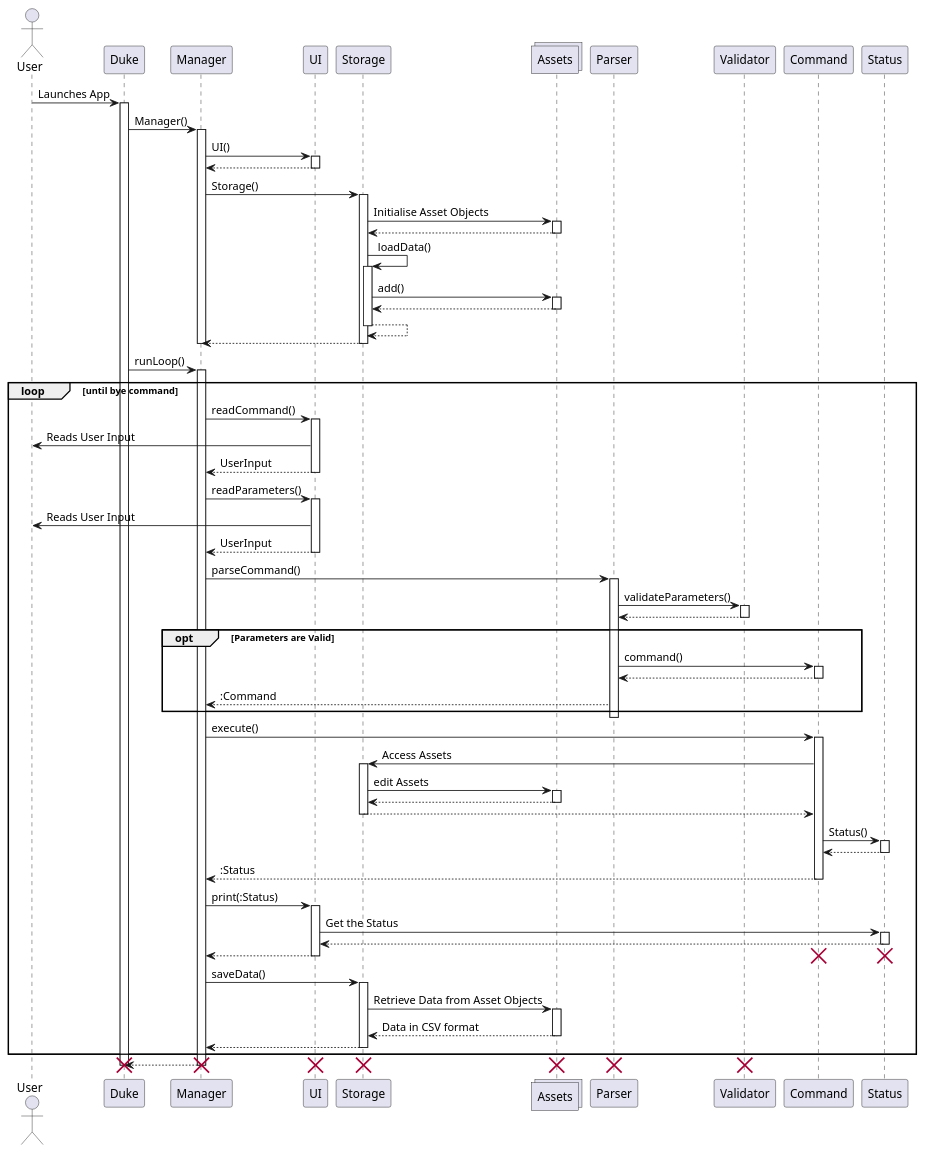
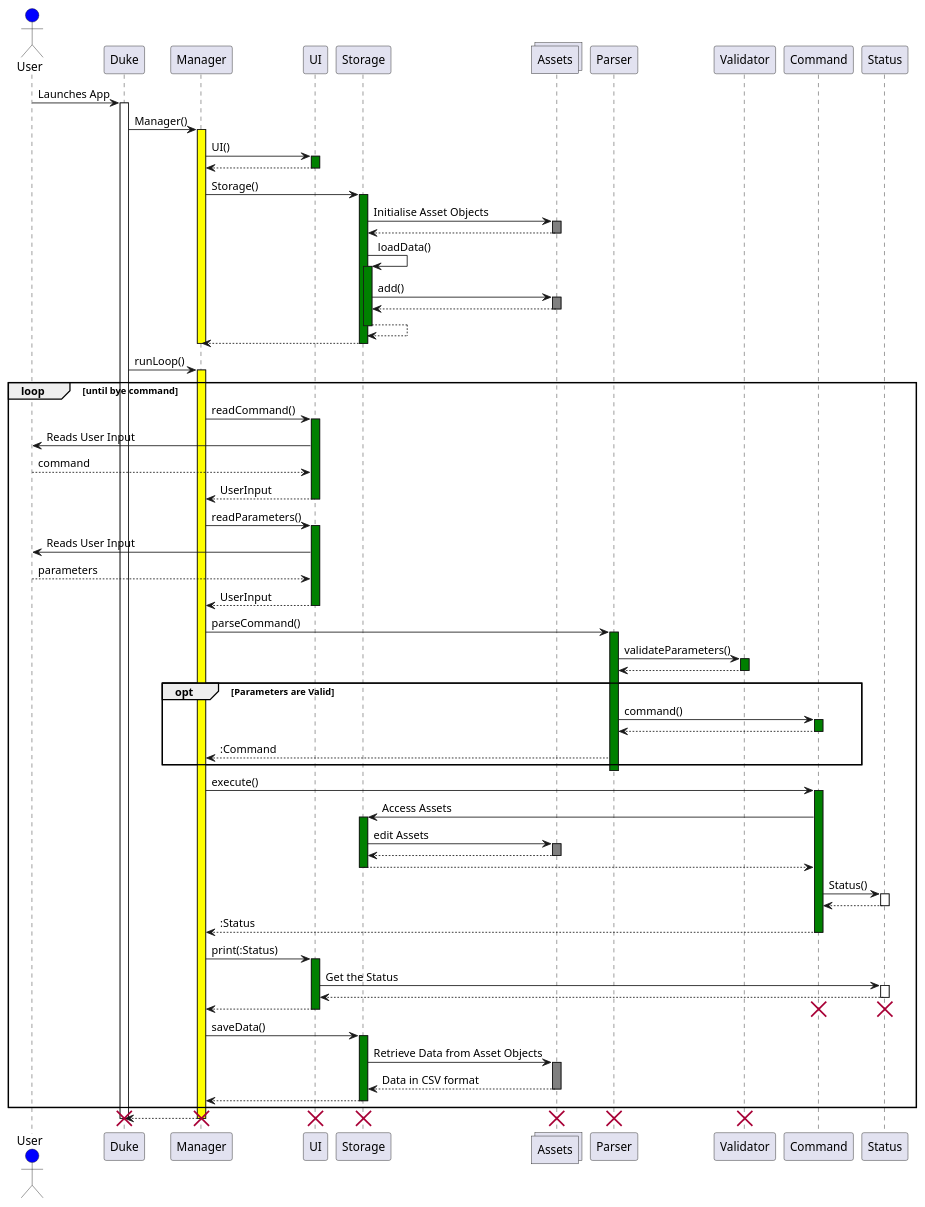
Before and after one commit to nus-cs2113-AY2122S2/tp: the diagram in docs/diagrams/SequenceDiagram.puml, drawn with PlantUML. The commit also changed 3 other files, not shown here.

Commit message:
Updating overall sequence diagram and Storage Class Diagram

```diff
--- a/docs/diagrams/SequenceDiagram.puml
+++ b/docs/diagrams/SequenceDiagram.puml
@@ -1,111 +1,113 @@
 @startuml
-actor User as User
+actor User as User #blue
 
 
 User -> Duke : Launches App
-activate Duke
+activate Duke #white
 
 Duke -> Manager : Manager()
-activate Manager
+activate Manager #yellow
 
 Manager -> UI: UI()
-activate UI
+activate UI #green
 UI --> Manager
 deactivate UI
 
 Manager -> Storage : Storage()
-activate Storage
+activate Storage #green
 collections Assets as Assets
 Storage -> Assets: Initialise Asset Objects
-activate Assets
+activate Assets #grey
 Assets --> Storage
 deactivate Assets
 
 
 Storage -> Storage : loadData()
-activate Storage
+activate Storage #green
 Storage -> Assets: add()
-activate Assets
+activate Assets #grey
 Assets --> Storage
 deactivate Assets
 Storage --> Storage:
 deactivate Storage
 Storage --> Manager:
 deactivate Storage
 
 deactivate Manager
 
 Duke -> Manager: runLoop()
-activate Manager
+activate Manager #yellow
 loop until bye command
     Manager -> UI: readCommand()
-    activate UI
+    activate UI #green
     UI -> User: Reads User Input
+    User --> UI: command
     UI --> Manager: UserInput
     deactivate UI
     Manager -> UI: readParameters()
-    activate UI
+    activate UI #green
     UI -> User: Reads User Input
+    User --> UI: parameters
     UI --> Manager: UserInput
     deactivate UI
     Manager -> Parser: parseCommand()
-    activate Parser
+    activate Parser #green
     Parser -> Validator: validateParameters()
-    activate Validator
+    activate Validator #green
     Validator --> Parser
     deactivate Validator
     opt Parameters are Valid
         Parser -> Command: command()
-        activate Command
+        activate Command #green
         Command --> Parser
         deactivate Command
         Parser --> Manager: :Command
     end
     deactivate Parser
     Manager -> Command: execute()
-    activate Command
+    activate Command #green
     Command -> Storage: Access Assets
-    activate Storage
+    activate Storage #green
     Storage -> Assets : edit Assets
-    activate Assets
+    activate Assets #grey
     Assets --> Storage
     deactivate Assets
     Storage --> Command
     deactivate Storage
     Command -> Status: Status()
     activate Status
     Status --> Command
     deactivate Status
     Command --> Manager: :Status
     deactivate Command
     Manager -> UI: print(:Status)
-    activate UI
+    activate UI #green
     UI -> Status : Get the Status
     activate Status
     Status --> UI
     deactivate Status
     UI --> Manager
     deactivate UI
     destroy Status
     destroy Command
     Manager -> Storage: saveData()
-    activate Storage
+    activate Storage #green
     Storage -> Assets: Retrieve Data from Asset Objects
-    activate Assets
+    activate Assets #grey
     Assets --> Storage: Data in CSV format
     deactivate Assets
     Storage --> Manager
     deactivate Storage
 end
 Manager --> Duke
 deactivate Manager
 destroy Assets
 destroy Storage
 destroy UI
 destroy Parser
 destroy Validator
 destroy Manager
 deactivate Duke
 destroy Duke
 
 @enduml
```
